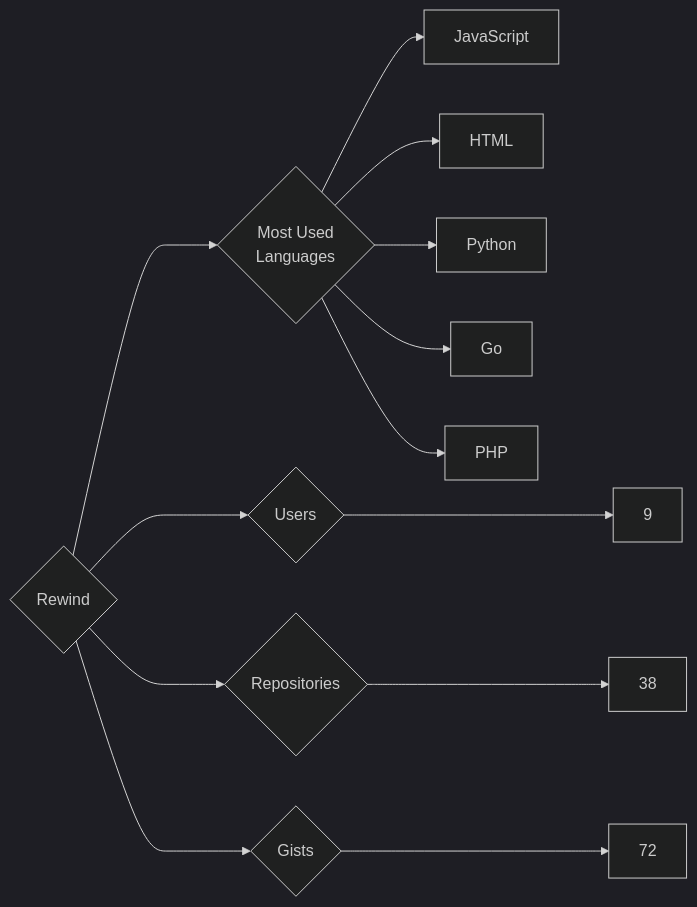
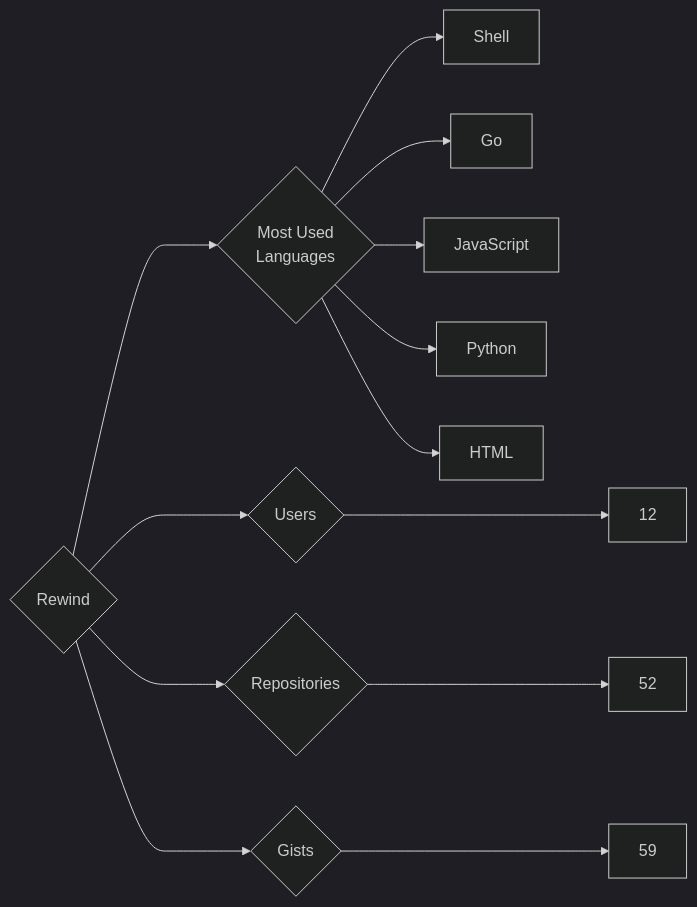
Before and after one commit to trickest/insiders: the diagram in targets/Rewind/README.md, drawn with Mermaid (dark theme). The commit also changed 582 other files, not shown here.

````diff
--- a/targets/Rewind/README.md
+++ b/targets/Rewind/README.md
@@ -3,13 +3,13 @@
 ```mermaid
 graph LR
 COMPANY_NAME{Rewind}
-COMPANY_NAME ---> U{Users} ---> UN[9]
-COMPANY_NAME ---> R{Repositories} ---> RN[38]
-COMPANY_NAME ---> G{Gists} ---> GN[72]
+COMPANY_NAME ---> U{Users} ---> UN[12]
+COMPANY_NAME ---> R{Repositories} ---> RN[52]
+COMPANY_NAME ---> G{Gists} ---> GN[59]
 COMPANY_NAME ---> ML{Most Used<br>Languages}
+ML --> Shell[Shell]
+ML --> Go[Go]
 ML --> JavaScript[JavaScript]
+ML --> Python[Python]
 ML --> HTML[HTML]
-ML --> Python[Python]
-ML --> Go[Go]
-ML --> PHP[PHP]
 ```
````
